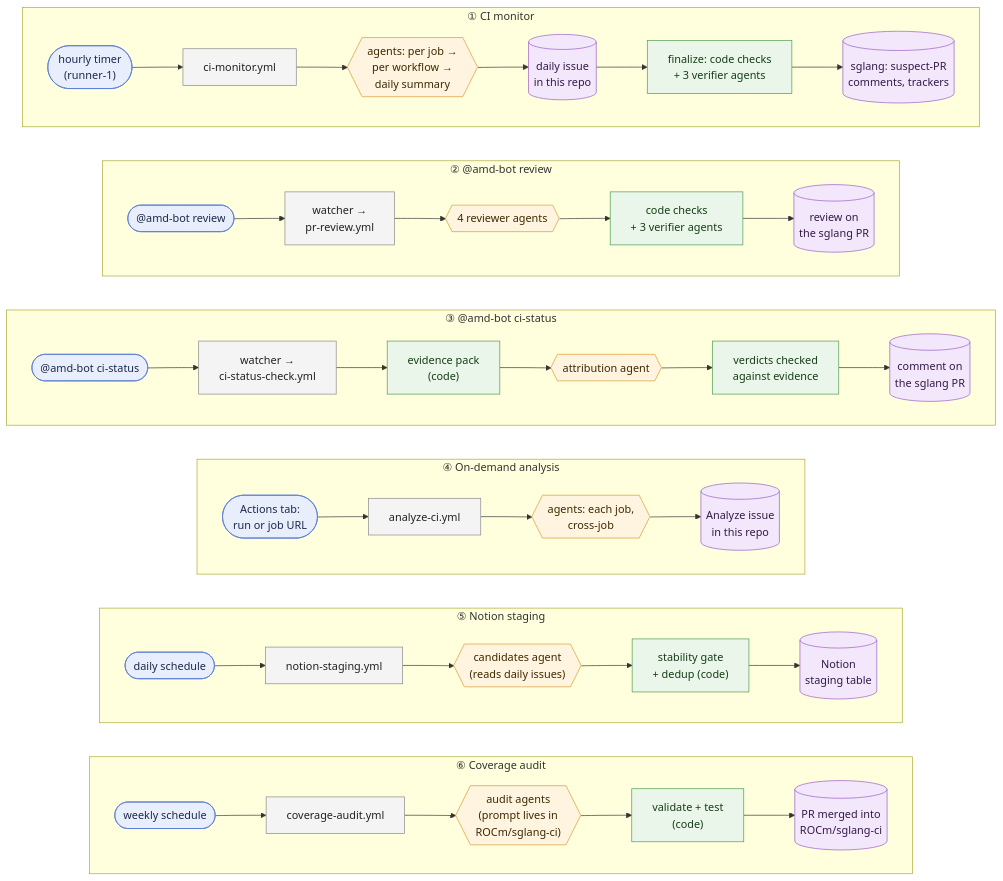
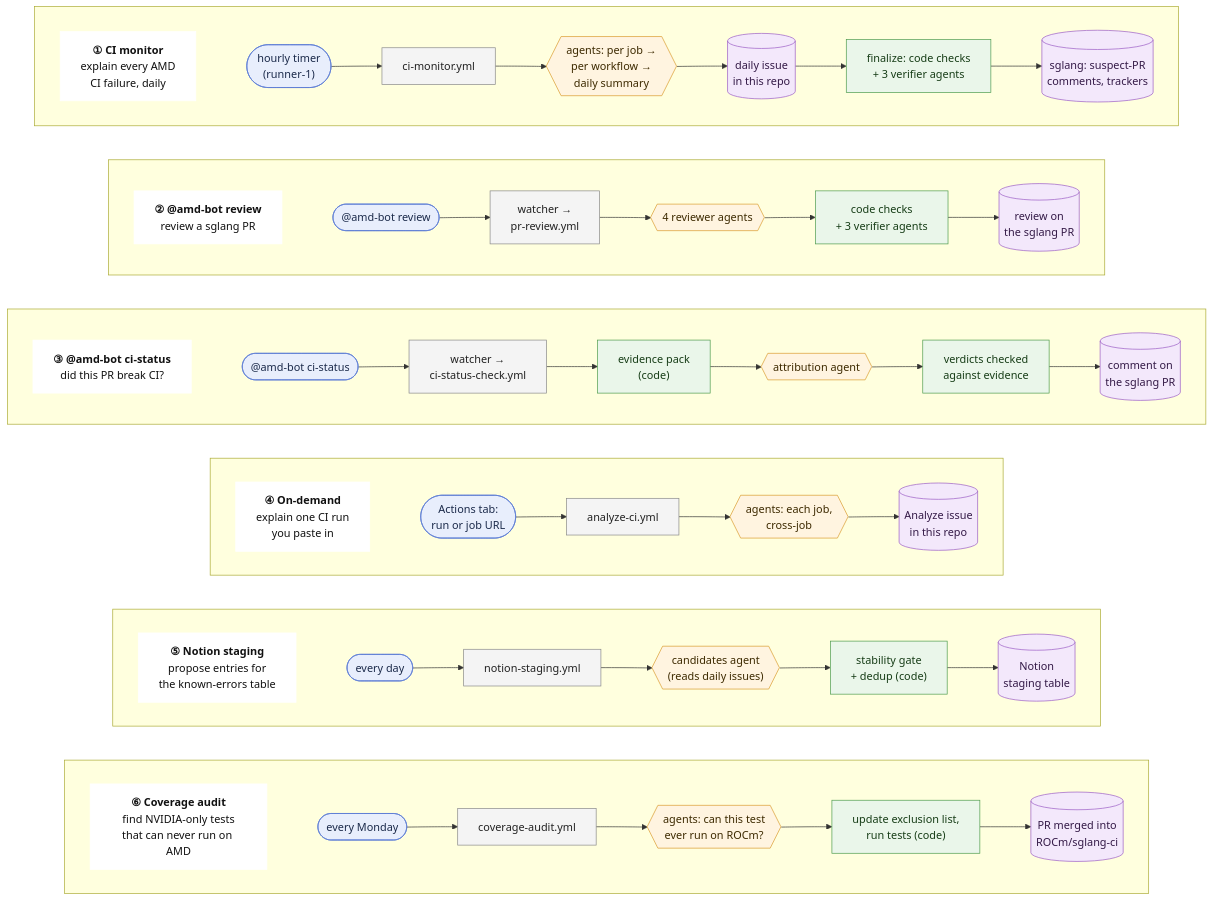
The diagram in docs/architecture.mmd (bingxche/sglang-ci-bot), drawn with Mermaid before and after one commit. The commit also changed 3 other files, not shown here.

First line of the commit message:
Say what each lane is for in the diagram, and lead the coverage audit with its purpose

```diff
--- a/docs/architecture.mmd
+++ b/docs/architecture.mmd
@@ -1,38 +1,39 @@
 flowchart TB
+    classDef purpose fill:#ffffff,stroke:#ffffff,color:#111
     classDef trigger fill:#e8eefc,stroke:#5b7bd5,color:#1b2a4a
     classDef workflow fill:#f4f4f4,stroke:#888,color:#222
     classDef agent fill:#fff4e0,stroke:#d99a2b,color:#3d2a00
     classDef code fill:#eaf6ea,stroke:#4c9a4c,color:#173d17
     classDef output fill:#f3e8fb,stroke:#9a5bc4,color:#341a47
 
-    subgraph L1["① CI monitor"]
+    subgraph L1[" "]
         direction LR
-        A1(["hourly timer<br/>(runner-1)"]):::trigger --> A2["ci-monitor.yml"]:::workflow --> A3{{"agents: per job →<br/>per workflow →<br/>daily summary"}}:::agent --> A4[("daily issue<br/>in this repo")]:::output --> A5["finalize: code checks<br/>+ 3 verifier agents"]:::code --> A6[("sglang: suspect-PR<br/>comments, trackers")]:::output
+        P1["<b>① CI monitor</b><br/>explain every AMD<br/>CI failure, daily"]:::purpose ~~~ A1(["hourly timer<br/>(runner-1)"]):::trigger --> A2["ci-monitor.yml"]:::workflow --> A3{{"agents: per job →<br/>per workflow →<br/>daily summary"}}:::agent --> A4[("daily issue<br/>in this repo")]:::output --> A5["finalize: code checks<br/>+ 3 verifier agents"]:::code --> A6[("sglang: suspect-PR<br/>comments, trackers")]:::output
     end
 
-    subgraph L2["② @amd-bot review"]
+    subgraph L2[" "]
         direction LR
-        B1(["@amd-bot review"]):::trigger --> B2["watcher →<br/>pr-review.yml"]:::workflow --> B3{{"4 reviewer agents"}}:::agent --> B4["code checks<br/>+ 3 verifier agents"]:::code --> B5[("review on<br/>the sglang PR")]:::output
+        P2["<b>② @amd-bot review</b><br/>review a sglang PR"]:::purpose ~~~ B1(["@amd-bot review"]):::trigger --> B2["watcher →<br/>pr-review.yml"]:::workflow --> B3{{"4 reviewer agents"}}:::agent --> B4["code checks<br/>+ 3 verifier agents"]:::code --> B5[("review on<br/>the sglang PR")]:::output
     end
 
-    subgraph L3["③ @amd-bot ci-status"]
+    subgraph L3[" "]
         direction LR
-        C1(["@amd-bot ci-status"]):::trigger --> C2["watcher →<br/>ci-status-check.yml"]:::workflow --> C3["evidence pack<br/>(code)"]:::code --> C4{{"attribution agent"}}:::agent --> C5["verdicts checked<br/>against evidence"]:::code --> C6[("comment on<br/>the sglang PR")]:::output
+        P3["<b>③ @amd-bot ci-status</b><br/>did this PR break CI?"]:::purpose ~~~ C1(["@amd-bot ci-status"]):::trigger --> C2["watcher →<br/>ci-status-check.yml"]:::workflow --> C3["evidence pack<br/>(code)"]:::code --> C4{{"attribution agent"}}:::agent --> C5["verdicts checked<br/>against evidence"]:::code --> C6[("comment on<br/>the sglang PR")]:::output
     end
 
-    subgraph L4["④ On-demand analysis"]
+    subgraph L4[" "]
         direction LR
-        D1(["Actions tab:<br/>run or job URL"]):::trigger --> D2["analyze-ci.yml"]:::workflow --> D3{{"agents: each job,<br/>cross-job"}}:::agent --> D4[("Analyze issue<br/>in this repo")]:::output
+        P4["<b>④ On-demand</b><br/>explain one CI run<br/>you paste in"]:::purpose ~~~ D1(["Actions tab:<br/>run or job URL"]):::trigger --> D2["analyze-ci.yml"]:::workflow --> D3{{"agents: each job,<br/>cross-job"}}:::agent --> D4[("Analyze issue<br/>in this repo")]:::output
     end
 
-    subgraph L5["⑤ Notion staging"]
+    subgraph L5[" "]
         direction LR
-        E1(["daily schedule"]):::trigger --> E2["notion-staging.yml"]:::workflow --> E3{{"candidates agent<br/>(reads daily issues)"}}:::agent --> E4["stability gate<br/>+ dedup (code)"]:::code --> E5[("Notion<br/>staging table")]:::output
+        P5["<b>⑤ Notion staging</b><br/>propose entries for<br/>the known-errors table"]:::purpose ~~~ E1(["every day"]):::trigger --> E2["notion-staging.yml"]:::workflow --> E3{{"candidates agent<br/>(reads daily issues)"}}:::agent --> E4["stability gate<br/>+ dedup (code)"]:::code --> E5[("Notion<br/>staging table")]:::output
     end
 
-    subgraph L6["⑥ Coverage audit"]
+    subgraph L6[" "]
         direction LR
-        F1(["weekly schedule"]):::trigger --> F2["coverage-audit.yml"]:::workflow --> F3{{"audit agents<br/>(prompt lives in<br/>ROCm/sglang-ci)"}}:::agent --> F4["validate + test<br/>(code)"]:::code --> F5[("PR merged into<br/>ROCm/sglang-ci")]:::output
+        P6["<b>⑥ Coverage audit</b><br/>find NVIDIA-only tests<br/>that can never run on AMD"]:::purpose ~~~ F1(["every Monday"]):::trigger --> F2["coverage-audit.yml"]:::workflow --> F3{{"agents: can this test<br/>ever run on ROCm?"}}:::agent --> F4["update exclusion list,<br/>run tests (code)"]:::code --> F5[("PR merged into<br/>ROCm/sglang-ci")]:::output
     end
 
     L1 ~~~ L2 ~~~ L3 ~~~ L4 ~~~ L5 ~~~ L6
```
